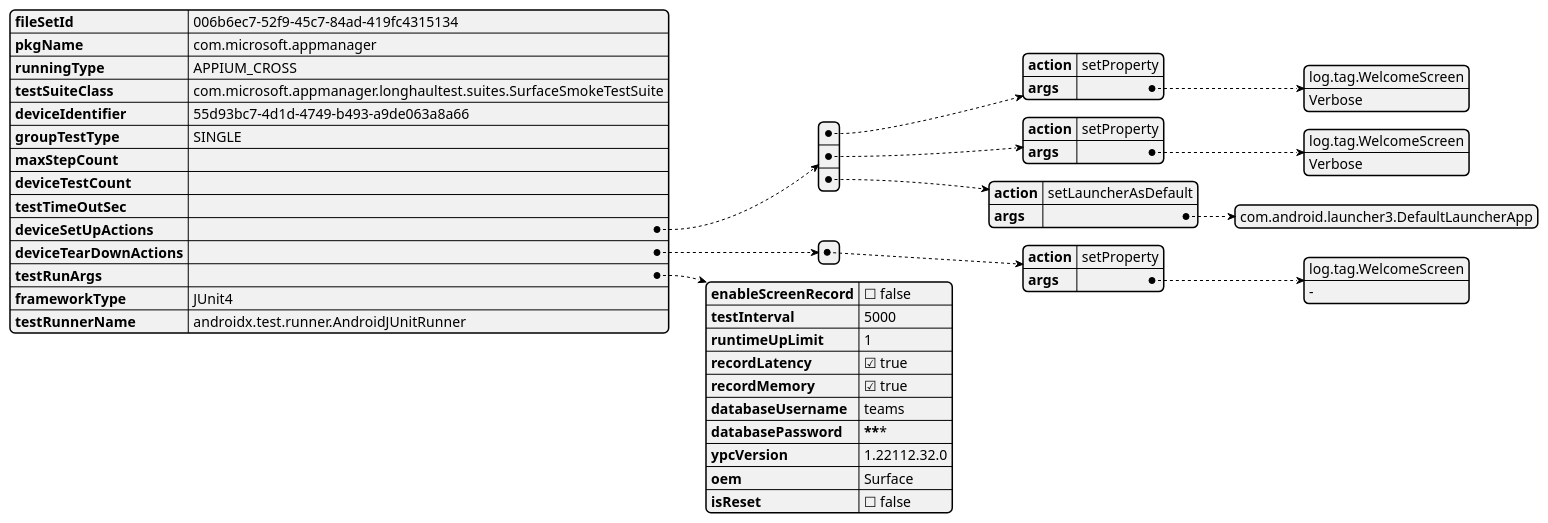
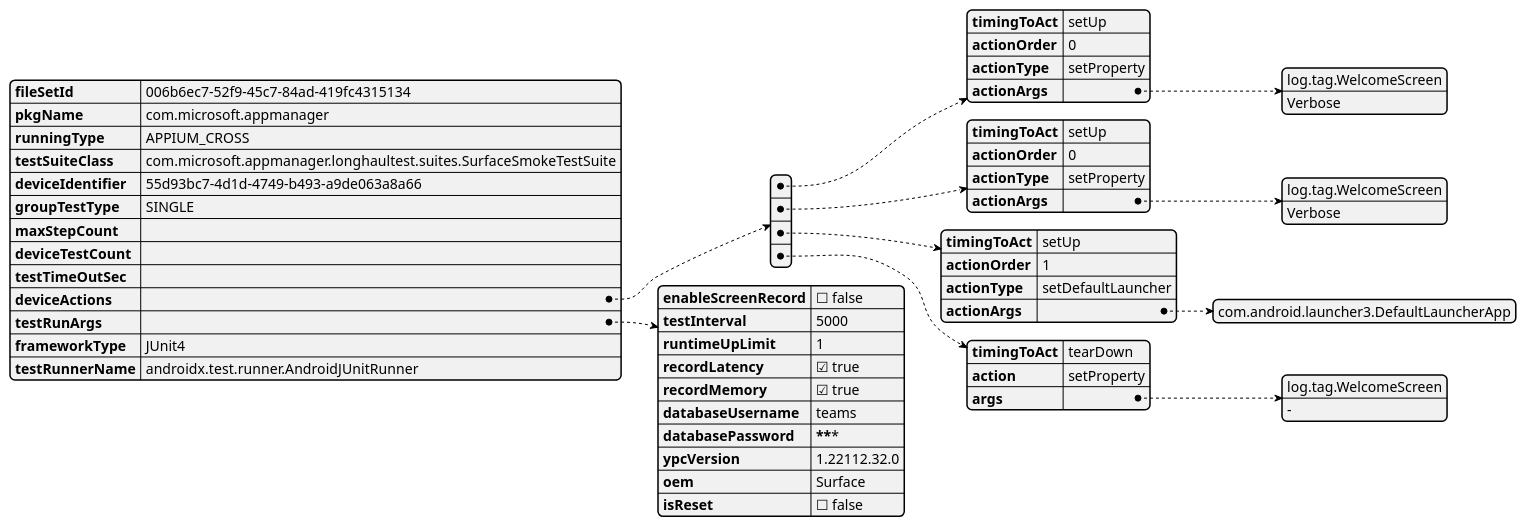
The third of 6 diagrams in agent/doc/UML/test_runner_design.puml (microsoft/HydraLab), drawn with PlantUML before and after one commit. The commit also changed 20 other files, not shown here.

```diff
--- a/agent/doc/UML/test_runner_design.puml
+++ b/agent/doc/UML/test_runner_design.puml
@@ -67,45 +67,49 @@
 @startjson
 {
     "fileSetId": "006b6ec7-52f9-45c7-84ad-419fc4315134",
     "pkgName": "com.microsoft.appmanager",
     "runningType": "APPIUM_CROSS",
     "testSuiteClass": "com.microsoft.appmanager.longhaultest.suites.SurfaceSmokeTestSuite",
     "deviceIdentifier": "55d93bc7-4d1d-4749-b493-a9de063a8a66",
     "groupTestType": "SINGLE",
     "maxStepCount": "",
     "deviceTestCount": "",
     "testTimeOutSec": "",
-    "deviceSetUpActions":[{
-            "action":"setProperty",
-            "args": ["log.tag.WelcomeScreen","Verbose"]
+    "deviceActions":[{
+            "timingToAct":"setUp",
+            "actionOrder":"0",
+            "actionType":"setProperty",
+            "actionArgs": ["log.tag.WelcomeScreen","Verbose"]
+        },
+        {   "timingToAct":"setUp",
+            "actionOrder":"0",
+            "actionType":"setProperty",
+            "actionArgs": ["log.tag.WelcomeScreen","Verbose"]
+        },
+        {   "timingToAct":"setUp",
+            "actionOrder":"1",
+            "actionType":"setDefaultLauncher",
+            "actionArgs": ["com.android.launcher3.DefaultLauncherApp"]
         },
         {
-            "action":"setProperty",
-            "args": ["log.tag.WelcomeScreen","Verbose"]
-        },
-        {
-            "action":"setLauncherAsDefault",
-            "args": ["com.android.launcher3.DefaultLauncherApp"]
-        }
-    ],
-    "deviceTearDownActions":[{
+            "timingToAct":"tearDown",
             "action":"setProperty",
             "args": ["log.tag.WelcomeScreen","-"]
         }
     ],
     "testRunArgs": {
         "enableScreenRecord": false,
         "testInterval": 5000,
         "runtimeUpLimit": 1,
         "recordLatency": true,
         "recordMemory": true,
         "databaseUsername": "teams",
         "databasePassword": "***********",
         "ypcVersion": "1.22112.32.0",
         "oem": "Surface",
         "isReset": false
     },
     "frameworkType": "JUnit4",
     "testRunnerName": "androidx.test.runner.AndroidJUnitRunner"
 }
 @endjson
```
